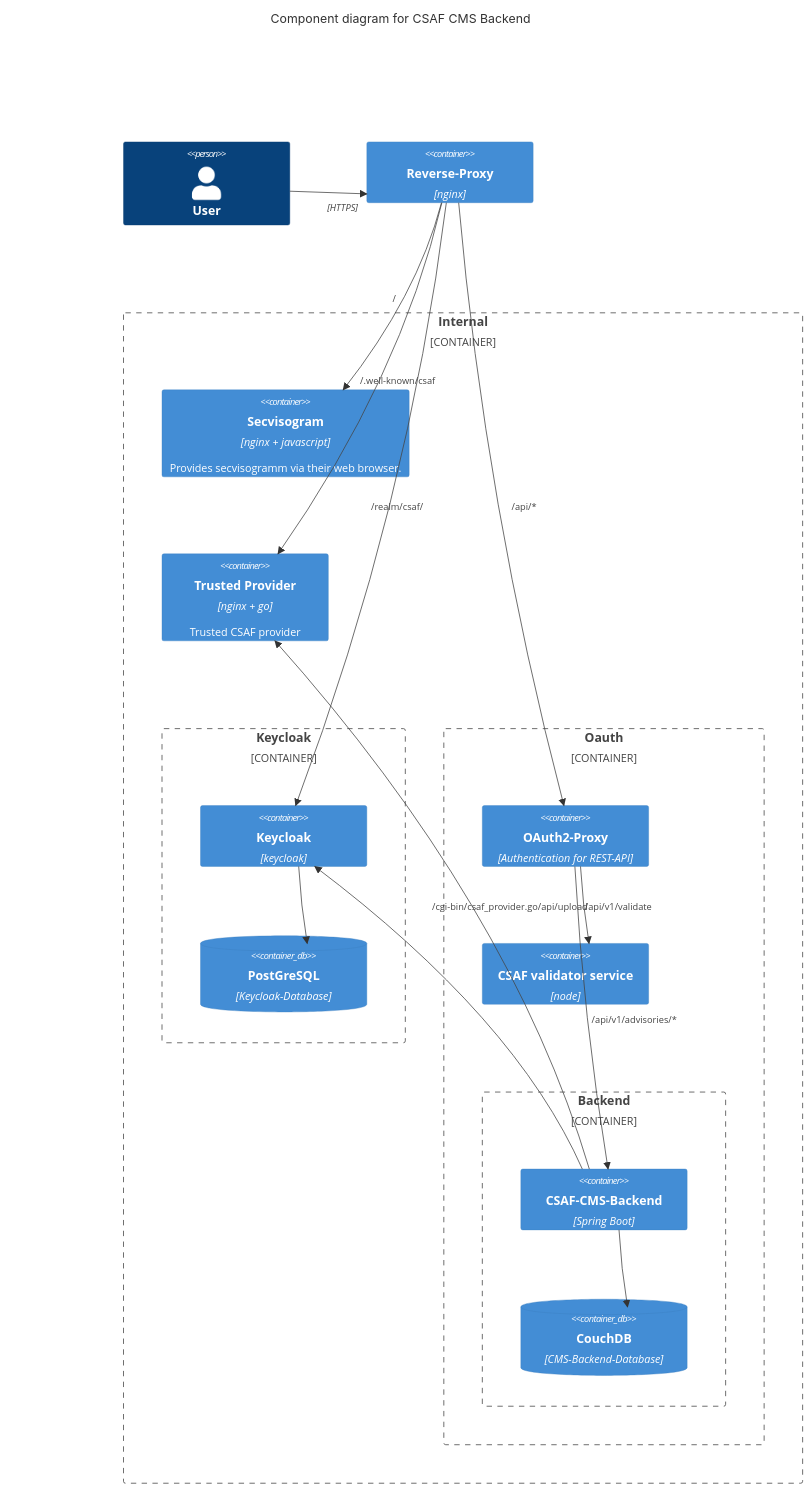
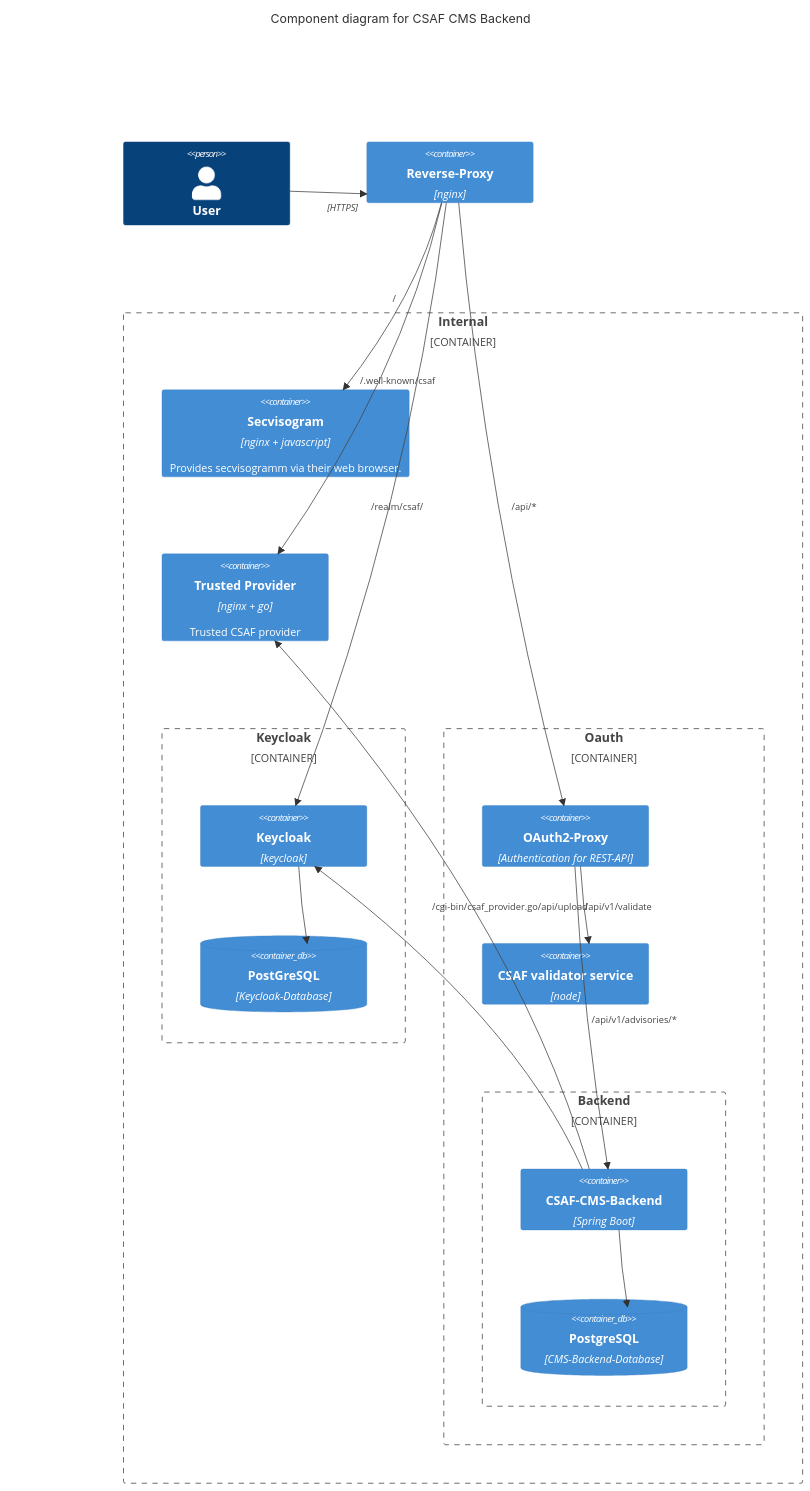
One commit to secvisogram/csaf-cms-backend changed the diagram in docker/README.md. Above: the diagram before and after it, drawn with Mermaid. The commit also changed other lines of this file and 51 other files, not shown here.

First line of the commit message:
feat(postgres): replace CouchDB with PostgreSQL

````diff
--- a/docker/README.md
+++ b/docker/README.md
@@ -14,42 +14,42 @@
 ```mermaid
    C4Component
     title Component diagram for CSAF CMS Backend
     Person(user, "User")
     Container(reverseproxy, "Reverse-Proxy", "nginx")
 
     Container_Boundary(c4, "Internal") {
         Container(secvisogram, "Secvisogram", "nginx + javascript", "Provides secvisogramm via their web browser.")
 
         Container_Boundary(c2, "Keycloak") {
             Container(keycloak, "Keycloak", "keycloak")
             ContainerDb(keycloak-db, "PostGreSQL", "Keycloak-Database")
         }
 
         Container_Boundary(c3, "Oauth") {
             Container(oauth, "OAuth2-Proxy", "Authentication for REST-API")
             Container(validator, "CSAF validator service", "node")
 
             Container_Boundary(c1, "Backend") {
                 Container(backend, "CSAF-CMS-Backend", "Spring Boot")
-                ContainerDb(backend-db, "CouchDB", "CMS-Backend-Database")
+                ContainerDb(backend-db, "PostgreSQL", "CMS-Backend-Database")
             }
         }
 
         Container(trustedprovider, "Trusted Provider", "nginx + go", "Trusted CSAF provider")
     }
 
     Rel(user, reverseproxy, "", "HTTPS")
     Rel(reverseproxy, secvisogram, "/")
     Rel(reverseproxy, trustedprovider, "/.well-known/csaf")
     Rel(reverseproxy, oauth, "/api/*")
     Rel(reverseproxy, keycloak, "/realm/csaf/")
     Rel(oauth, validator, "/api/v1/test")
     Rel(oauth, validator, "/api/v1/validate")
     Rel(oauth, backend, "/api/v1/advisories/*")
     Rel(backend, backend-db, "")
     Rel(backend, keycloak, "")
     Rel(keycloak, keycloak-db, "")
     Rel(backend, trustedprovider, "/cgi-bin/csaf_provider.go/api/upload")
 
 
 ```
````
